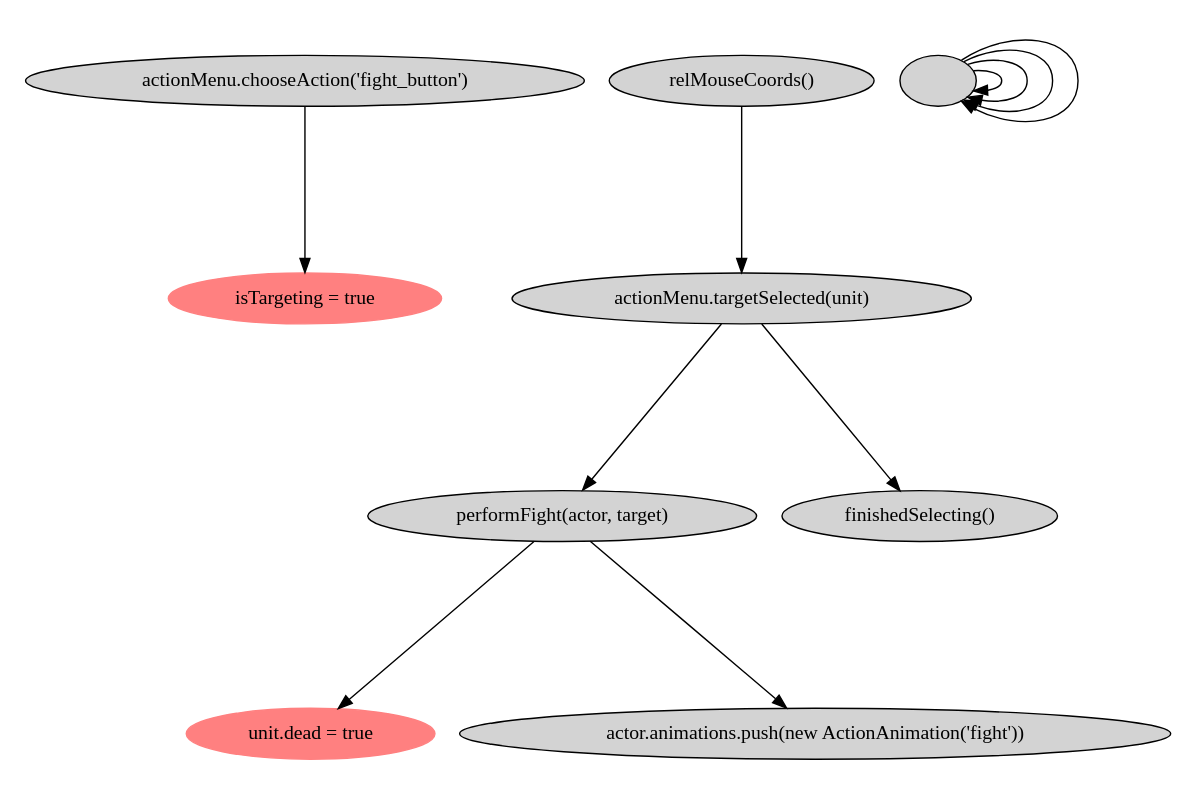
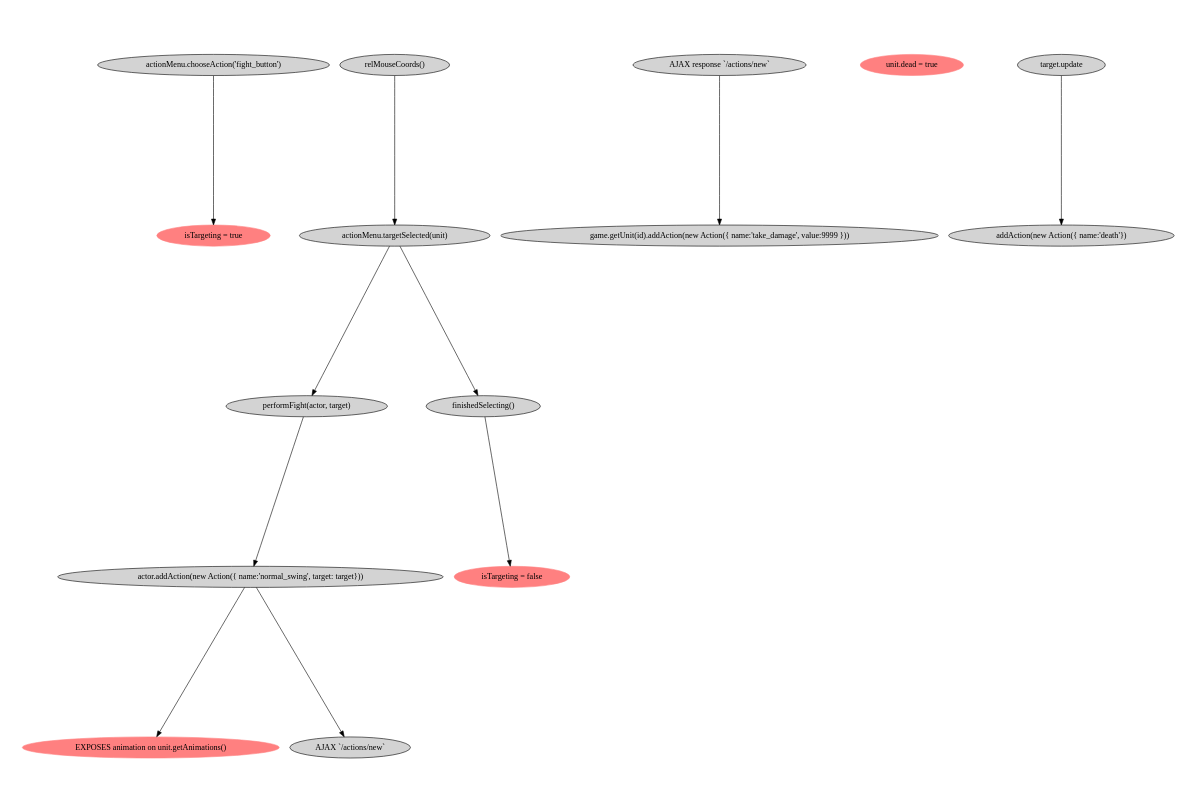
Before and after one commit to TheNotary/initial_fantasy: the diagram in doc/battleScreen_user_attacks_mob.gv, drawn with Graphviz. The commit also changed 5 other files, not shown here.

```diff
--- a/doc/battleScreen_user_attacks_mob.gv
+++ b/doc/battleScreen_user_attacks_mob.gv
@@ -1,29 +1,40 @@
 # dot -Tsvg battleScreen_user_attacks_mob.gv >battleScreen_user_attacks_mob.svg
 
 digraph prof {
 	size="6,4"; ratio = fill;
 
 	# logic action
 
 
 	node [style=filled];
 
 	# user clicks fight button
 	"isTargeting = true" [color="1.408 0.498 1.000"];
 	"actionMenu.chooseAction('fight_button')" -> "isTargeting = true";
 
 	# user chooses mob/ hero
 	"relMouseCoords()" -> "actionMenu.targetSelected(unit)";
 	"actionMenu.targetSelected(unit)" -> "performFight(actor, target)";
 	"actionMenu.targetSelected(unit)" -> "finishedSelecting()";
+	
+	"isTargeting = false" [color="1.408 0.498 1.000"];
+	"finishedSelecting()" -> "isTargeting = false";
 
-	"unit.dead = true" [color="1.408 0.498 1.000"];
+	
+	"performFight(actor, target)" -> "actor.addAction(new Action({ name:'normal_swing', target: target}))";
+	
+	"EXPOSES animation on unit.getAnimations()" [color="1.408 0.498 1.000"]
+	"actor.addAction(new Action({ name:'normal_swing', target: target}))" -> "EXPOSES animation on unit.getAnimations()";
 
-	"performFight(actor, target)" -> "unit.dead = true";
-	"performFight(actor, target)" -> "actor.animations.push(new ActionAnimation('fight'))";
-	"" -> "";
-	"" -> "";
-	"" -> "";
-	"" -> "";
+	"actor.addAction(new Action({ name:'normal_swing', target: target}))" -> "AJAX `/actions/new`";
 
+  
+
+
+  "AJAX response `/actions/new`" -> "game.getUnit(id).addAction(new Action({ name:'take_damage', value:9999 }))";
+  
+  "unit.dead = true" [color="1.408 0.498 1.000"];
+	
+	"target.update" -> "addAction(new Action({ name:'death'})";
+	
 }
```
